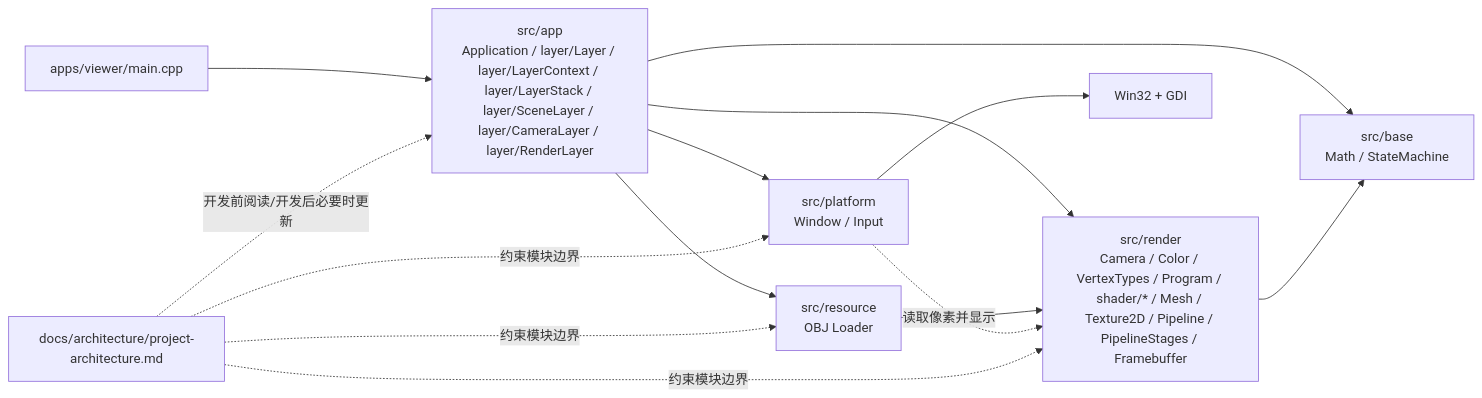
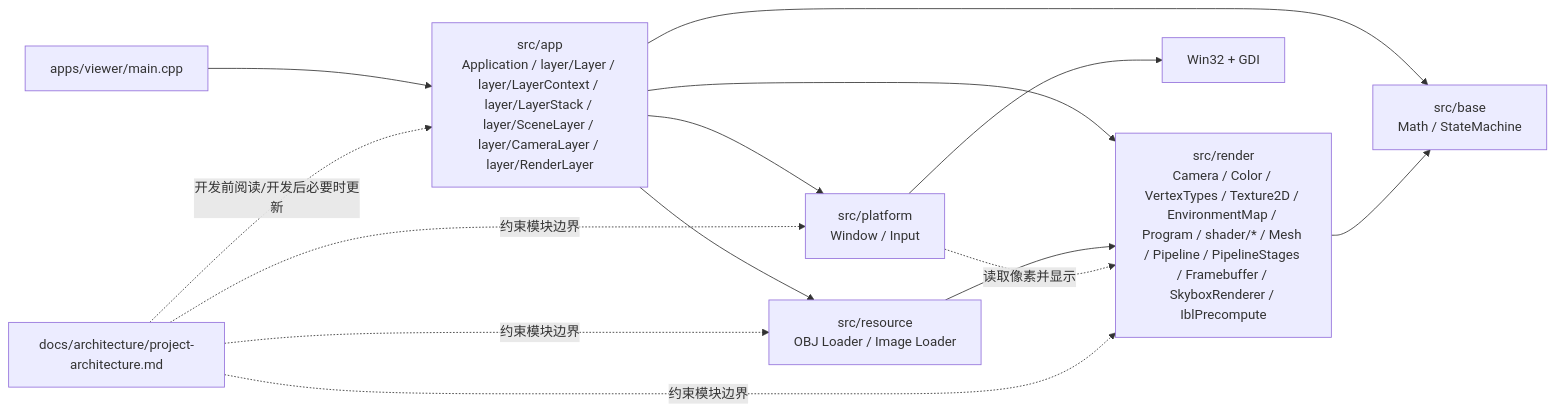
Before and after one commit to wanyan1114/softRenderer: the first of 2 diagrams in docs/architecture/project-architecture.md, drawn with Mermaid. The commit also changed other lines of this file and 32 other files, not shown here.

````diff
--- a/docs/architecture/project-architecture.md
+++ b/docs/architecture/project-architecture.md
@@ -33,25 +37,25 @@
 ```mermaid
 flowchart LR
     viewer["apps/viewer/main.cpp"]
     app["src/app<br/>Application / layer/Layer / layer/LayerContext / layer/LayerStack / layer/SceneLayer / layer/CameraLayer / layer/RenderLayer"]
     platform["src/platform\nWindow / Input"]
-    resource["src/resource\nOBJ Loader"]
+    resource["src/resource\nOBJ Loader / Image Loader"]
     base["src/base\nMath / StateMachine"]
-    render["src/render\nCamera / Color / VertexTypes / Program / shader/* / Mesh / Texture2D / Pipeline / PipelineStages / Framebuffer"]
+    render["src/render\nCamera / Color / VertexTypes / Texture2D / EnvironmentMap / Program / shader/* / Mesh / Pipeline / PipelineStages / Framebuffer / SkyboxRenderer / IblPrecompute"]
     win32["Win32 + GDI"]
     docs["docs/architecture/project-architecture.md"]
 
     viewer --> app
     app --> platform
     app --> base
     app --> resource
     app --> render
     resource --> render
     platform --> win32
     render --> base
     platform -.读取像素并显示.-> render
     docs -.开发前阅读/开发后必要时更新.-> app
     docs -.约束模块边界.-> platform
     docs -.约束模块边界.-> resource
     docs -.约束模块边界.-> render
 ```
````
